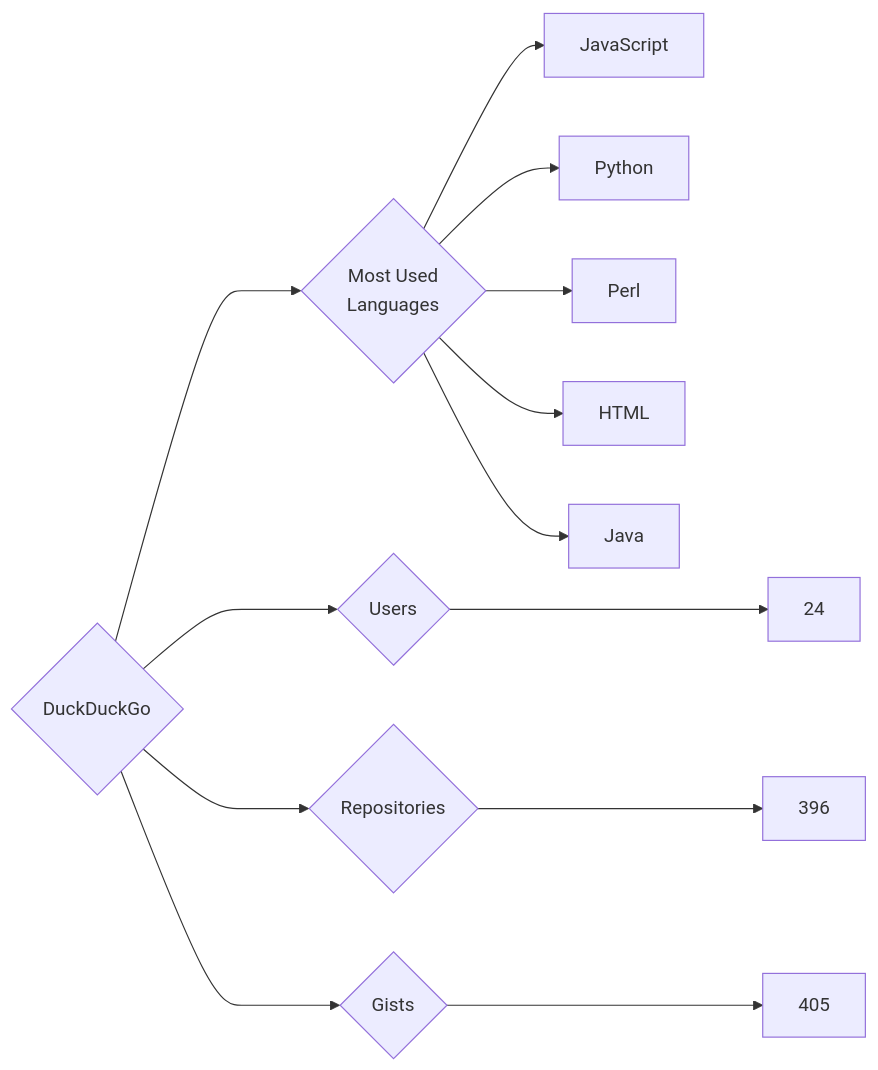
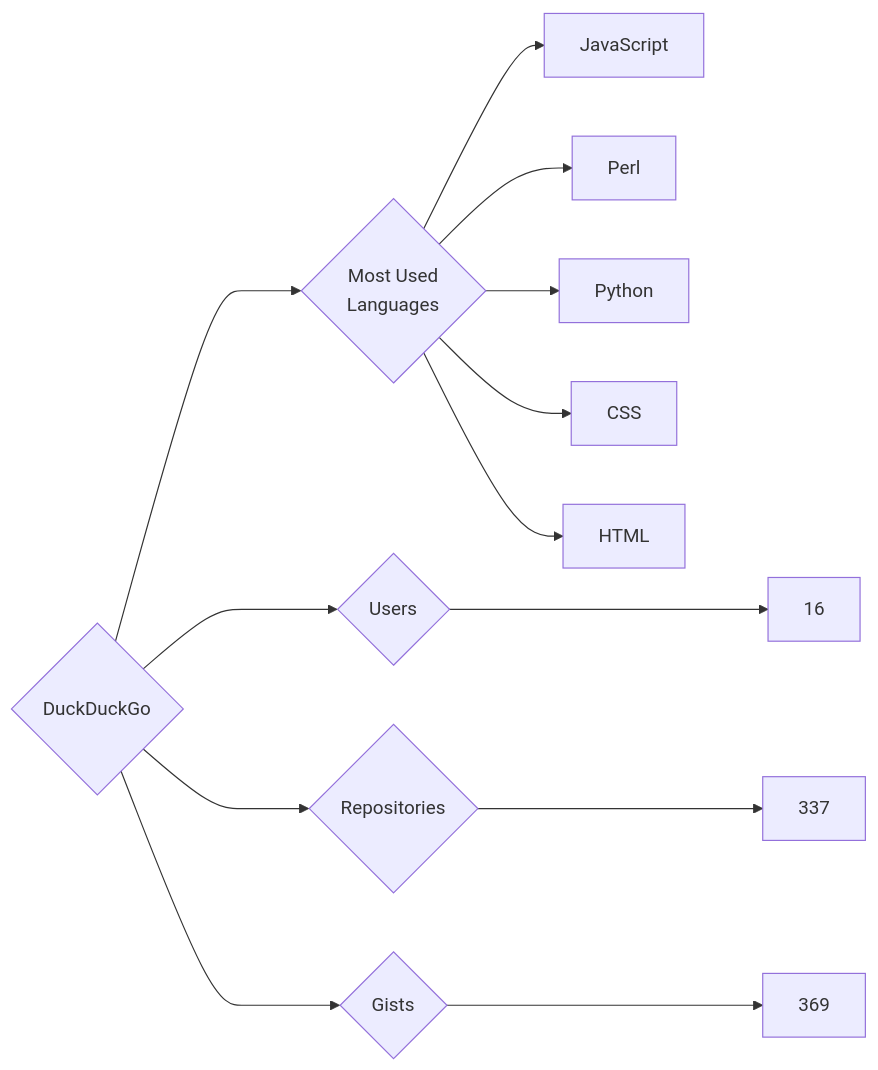
Before and after one commit to trickest/insiders: the diagram in targets/DuckDuckGo/README.md, drawn with Mermaid. The commit also changed 935 other files, not shown here.

````diff
--- a/targets/DuckDuckGo/README.md
+++ b/targets/DuckDuckGo/README.md
@@ -3,13 +3,13 @@
 ```mermaid
 graph LR
 COMPANY_NAME{DuckDuckGo}
-COMPANY_NAME ---> U{Users} ---> UN[24]
-COMPANY_NAME ---> R{Repositories} ---> RN[396]
-COMPANY_NAME ---> G{Gists} ---> GN[405]
+COMPANY_NAME ---> U{Users} ---> UN[16]
+COMPANY_NAME ---> R{Repositories} ---> RN[337]
+COMPANY_NAME ---> G{Gists} ---> GN[369]
 COMPANY_NAME ---> ML{Most Used<br>Languages}
 ML --> JavaScript[JavaScript]
+ML --> Perl[Perl]
 ML --> Python[Python]
-ML --> Perl[Perl]
+ML --> CSS[CSS]
 ML --> HTML[HTML]
-ML --> Java[Java]
 ```
````
